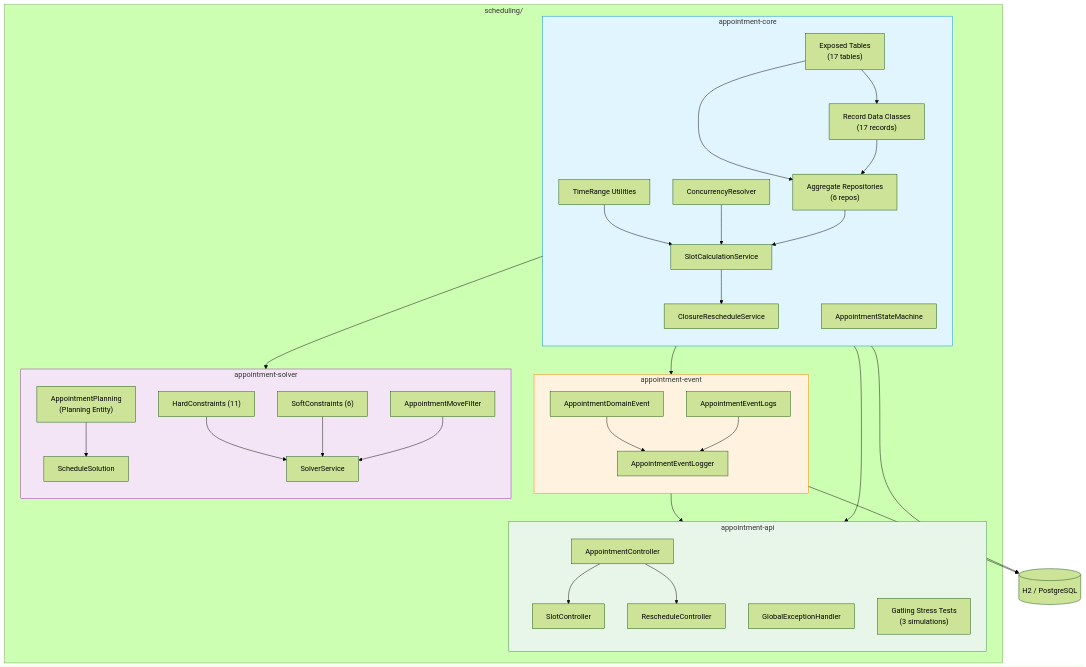
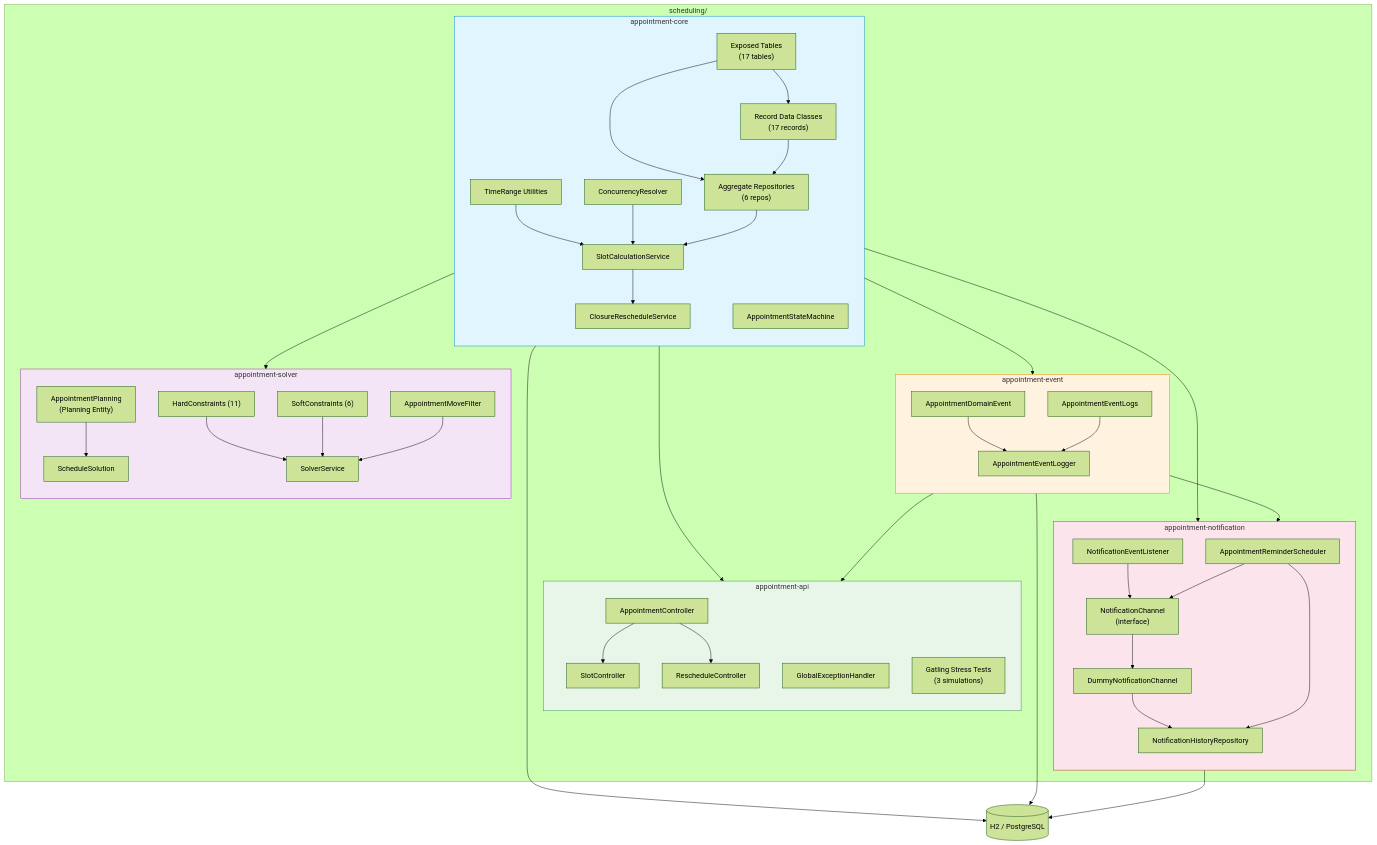
The first of 9 diagrams in scheduling/README.md (bluetape4k/bluetape4k-experimental), drawn with Mermaid (forest theme) before and after one commit. The commit also changed other lines of this file and 20 other files, not shown here.

````diff
--- a/scheduling/README.md
+++ b/scheduling/README.md
@@ -66,19 +66,38 @@
             AC --> SlotC
             AC --> RC
         end
+
+        subgraph notif["appointment-notification"]
+            direction TB
+            NC["NotificationChannel<br/>(interface)"]
+            DNC["DummyNotificationChannel"]
+            NEL["NotificationEventListener"]
+            ARS["AppointmentReminderScheduler"]
+            NHR["NotificationHistoryRepository"]
+
+            NC --> DNC
+            NEL --> NC
+            ARS --> NC
+            DNC --> NHR
+            ARS --> NHR
+        end
     end
 
     core --> event
     core --> solver
     core --> api
     event --> api
+    core --> notif
+    event --> notif
 
     DB[(H2 / PostgreSQL)]
     Tables --> DB
     EL --> DB
+    NHR --> DB
 
     style core fill:#e1f5fe,stroke:#0288d1
     style event fill:#fff3e0,stroke:#f57c00
     style solver fill:#f3e5f5,stroke:#9c27b0
     style api fill:#e8f5e9,stroke:#388e3c
+    style notif fill:#fce4ec,stroke:#c62828
 ```
````
